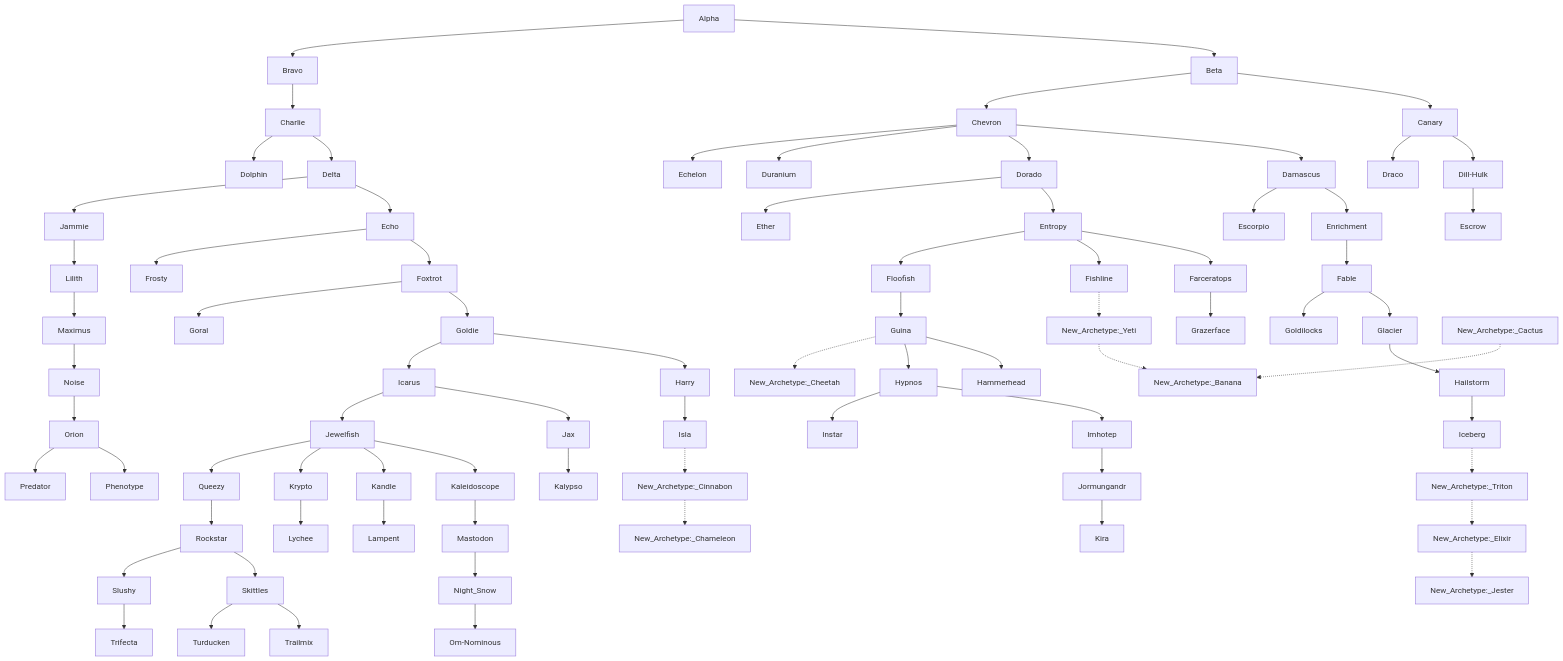
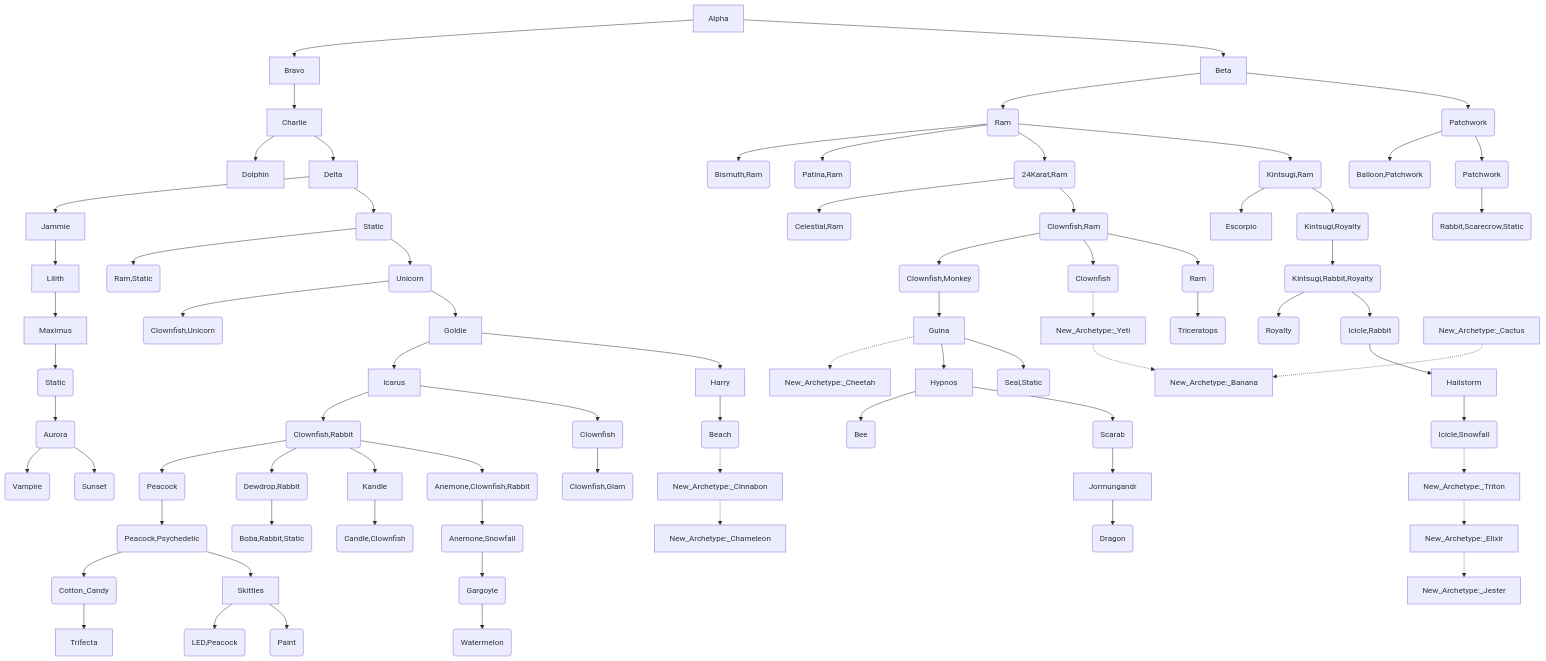
Before and after one commit to g1ddy/PeridotArchetypeFinder: the diagram in Peridot-ArchetypeTreeMST.md, drawn with Mermaid. The commit also changed other lines of this file and 1 other file, not shown here.

Commit message:
add archetypes to MST

````diff
--- a/Peridot-ArchetypeTreeMST.md
+++ b/Peridot-ArchetypeTreeMST.md
@@ -3,80 +3,80 @@
 ```mermaid
 flowchart
 
 Alpha --> Beta
 Alpha --> Bravo
-Beta --> Canary
-Beta --> Chevron
+Beta --> Canary(Patchwork)
+Beta --> Chevron(Ram)
 Bravo --> Charlie
-Canary --> Dill-Hulk
-Canary --> Draco
+Canary(Patchwork) --> Dill-Hulk(Patchwork)
+Canary(Patchwork) --> Draco(Balloon,Patchwork)
 Charlie --> Delta
 Charlie --> Dolphin
-Chevron --> Damascus
-Chevron --> Dorado
-Chevron --> Duranium
-Chevron --> Echelon
-Damascus --> Enrichment
-Damascus --> Escorpio
-Delta --> Echo
+Chevron(Ram) --> Damascus(Kintsugi,Ram)
+Chevron(Ram) --> Dorado(24Karat,Ram)
+Chevron(Ram) --> Duranium(Patina,Ram)
+Chevron(Ram) --> Echelon(Bismuth,Ram)
+Damascus(Kintsugi,Ram) --> Enrichment(Kintsugi,Royalty)
+Damascus(Kintsugi,Ram) --> Escorpio
+Delta --> Echo(Static)
 Delta --> Jammie
-Dill-Hulk --> Escrow
-Dorado --> Entropy
-Dorado --> Ether
-Echo --> Foxtrot
-Echo --> Frosty
-Enrichment --> Fable
-Entropy --> Farceratops
-Entropy --> Fishline
-Entropy --> Floofish
-Fable --> Glacier
-Fable --> Goldilocks
-Farceratops --> Grazerface
-Fishline -.-> New_Archetype:_Yeti
-Floofish --> Guina
-Foxtrot --> Goldie
-Foxtrot --> Goral
-Glacier --> Hailstorm
+Dill-Hulk(Patchwork) --> Escrow(Rabbit,Scarecrow,Static)
+Dorado(24Karat,Ram) --> Entropy(Clownfish,Ram)
+Dorado(24Karat,Ram) --> Ether(Celestial,Ram)
+Echo(Static) --> Foxtrot(Unicorn)
+Echo(Static) --> Frosty(Ram,Static)
+Enrichment(Kintsugi,Royalty) --> Fable(Kintsugi,Rabbit,Royalty)
+Entropy(Clownfish,Ram) --> Farceratops(Ram)
+Entropy(Clownfish,Ram) --> Fishline(Clownfish)
+Entropy(Clownfish,Ram) --> Floofish(Clownfish,Monkey)
+Fable(Kintsugi,Rabbit,Royalty) --> Glacier(Icicle,Rabbit)
+Fable(Kintsugi,Rabbit,Royalty) --> Goldilocks(Royalty)
+Farceratops(Ram) --> Grazerface(Triceratops)
+Fishline(Clownfish) -.-> New_Archetype:_Yeti
+Floofish(Clownfish,Monkey) --> Guina
+Foxtrot(Unicorn) --> Goldie
+Foxtrot(Unicorn) --> Goral(Clownfish,Unicorn)
+Glacier(Icicle,Rabbit) --> Hailstorm
 Goldie --> Harry
 Goldie --> Icarus
-Guina --> Hammerhead
+Guina --> Hammerhead(Seal,Static)
 Guina --> Hypnos
 Guina -.-> New_Archetype:_Cheetah
-Hailstorm --> Iceberg
+Hailstorm --> Iceberg(Icicle,Snowfall)
 Iceberg -.-> New_Archetype:_Triton
-Harry --> Isla
-Hypnos --> Imhotep
-Hypnos --> Instar
-Icarus --> Jax
-Icarus --> Jewelfish
-Imhotep --> Jormungandr
-Isla -.-> New_Archetype:_Cinnabon
+Harry --> Isla(Beach)
+Hypnos --> Imhotep(Scarab)
+Hypnos --> Instar(Bee)
+Icarus --> Jax(Clownfish)
+Icarus --> Jewelfish(Clownfish,Rabbit)
+Imhotep(Scarab) --> Jormungandr
+Isla(Beach) -.-> New_Archetype:_Cinnabon
 Jammie --> Lilith
-Jax --> Kalypso
-Jewelfish --> Kaleidoscope
-Jewelfish --> Kandle
-Jewelfish --> Krypto
-Jewelfish --> Queezy
-Jormungandr --> Kira
-Kaleidoscope --> Mastodon
-Kandle --> Lampent
-Krypto --> Lychee
+Jax(Clownfish) --> Kalypso(Clownfish,Glam)
+Jewelfish(Clownfish,Rabbit) --> Kaleidoscope(Anemone,Clownfish,Rabbit)
+Jewelfish(Clownfish,Rabbit) --> Kandle
+Jewelfish(Clownfish,Rabbit) --> Krypto(Dewdrop,Rabbit)
+Jewelfish(Clownfish,Rabbit) --> Queezy(Peacock)
+Jormungandr --> Kira(Dragon)
+Kaleidoscope(Anemone,Clownfish,Rabbit) --> Mastodon(Anemone,Snowfall)
+Kandle --> Lampent(Candle,Clownfish)
+Krypto(Dewdrop,Rabbit) --> Lychee(Boba,Rabbit,Static)
 Lilith --> Maximus
-Mastodon --> Night_Snow
-Maximus --> Noise
+Mastodon(Anemone,Snowfall) --> Night_Snow(Gargoyle)
+Maximus --> Noise(Static)
 New_Archetype:_Cactus -.-> New_Archetype:_Banana
 New_Archetype:_Elixir -.-> New_Archetype:_Jester
 New_Archetype:_Triton -.-> New_Archetype:_Elixir
 New_Archetype:_Cinnabon -.-> New_Archetype:_Chameleon
 New_Archetype:_Yeti -.-> New_Archetype:_Banana
-Night_Snow --> Om-Nominous
-Noise --> Orion
-Orion --> Phenotype
-Orion --> Predator
-Queezy --> Rockstar
-Rockstar --> Skittles
-Rockstar --> Slushy
-Skittles --> Trailmix
-Skittles --> Turducken
-Slushy --> Trifecta
+Night_Snow(Gargoyle) --> Om-Nominous(Watermelon)
+Noise(Static) --> Orion(Aurora)
+Orion(Aurora) --> Phenotype(Sunset)
+Orion(Aurora) --> Predator(Vampire)
+Queezy(Peacock) --> Rockstar(Peacock,Psychedelic)
+Rockstar(Peacock,Psychedelic) --> Skittles
+Rockstar(Peacock,Psychedelic) --> Slushy(Cotton_Candy)
+Skittles --> Trailmix(Paint)
+Skittles --> Turducken(LED,Peacock)
+Slushy(Cotton_Candy) --> Trifecta
 ```
````
